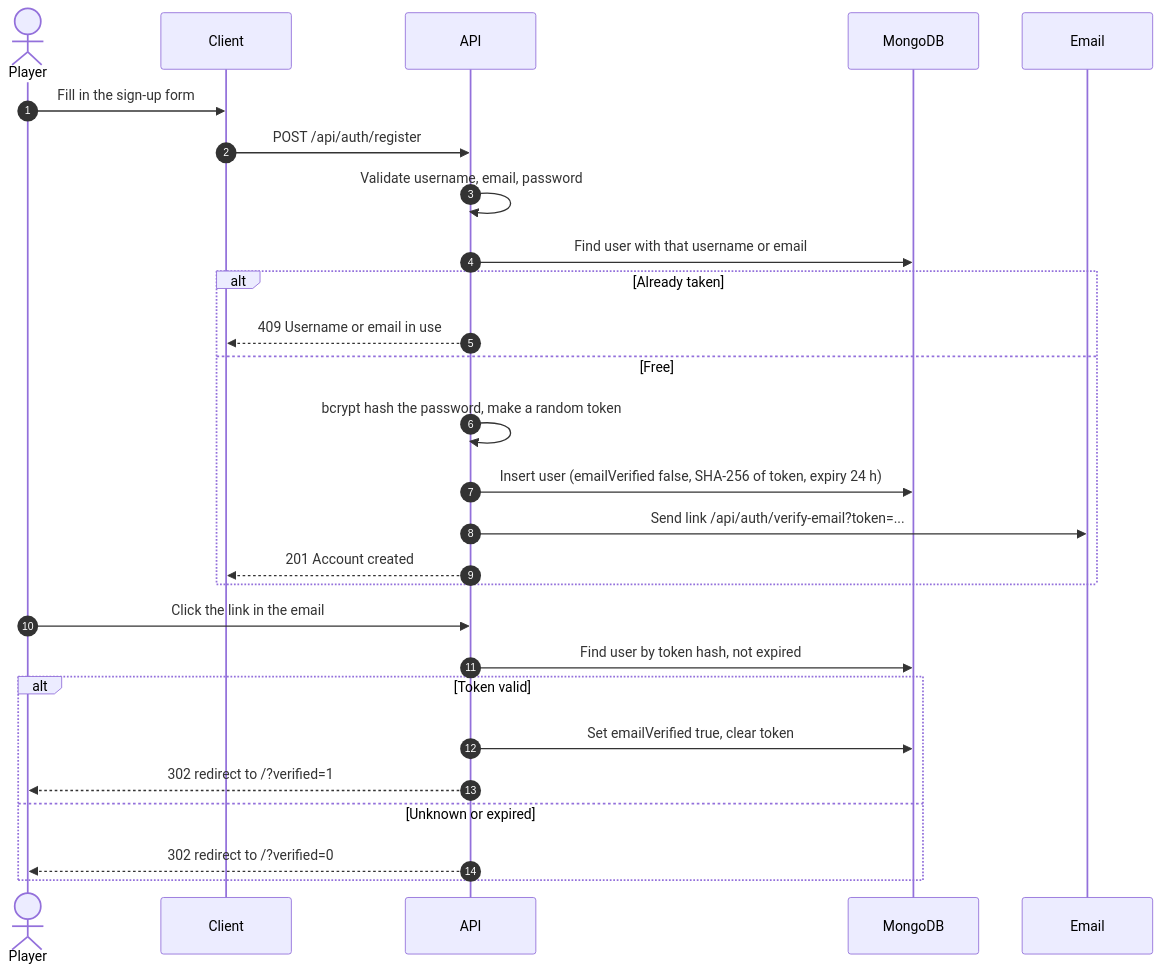
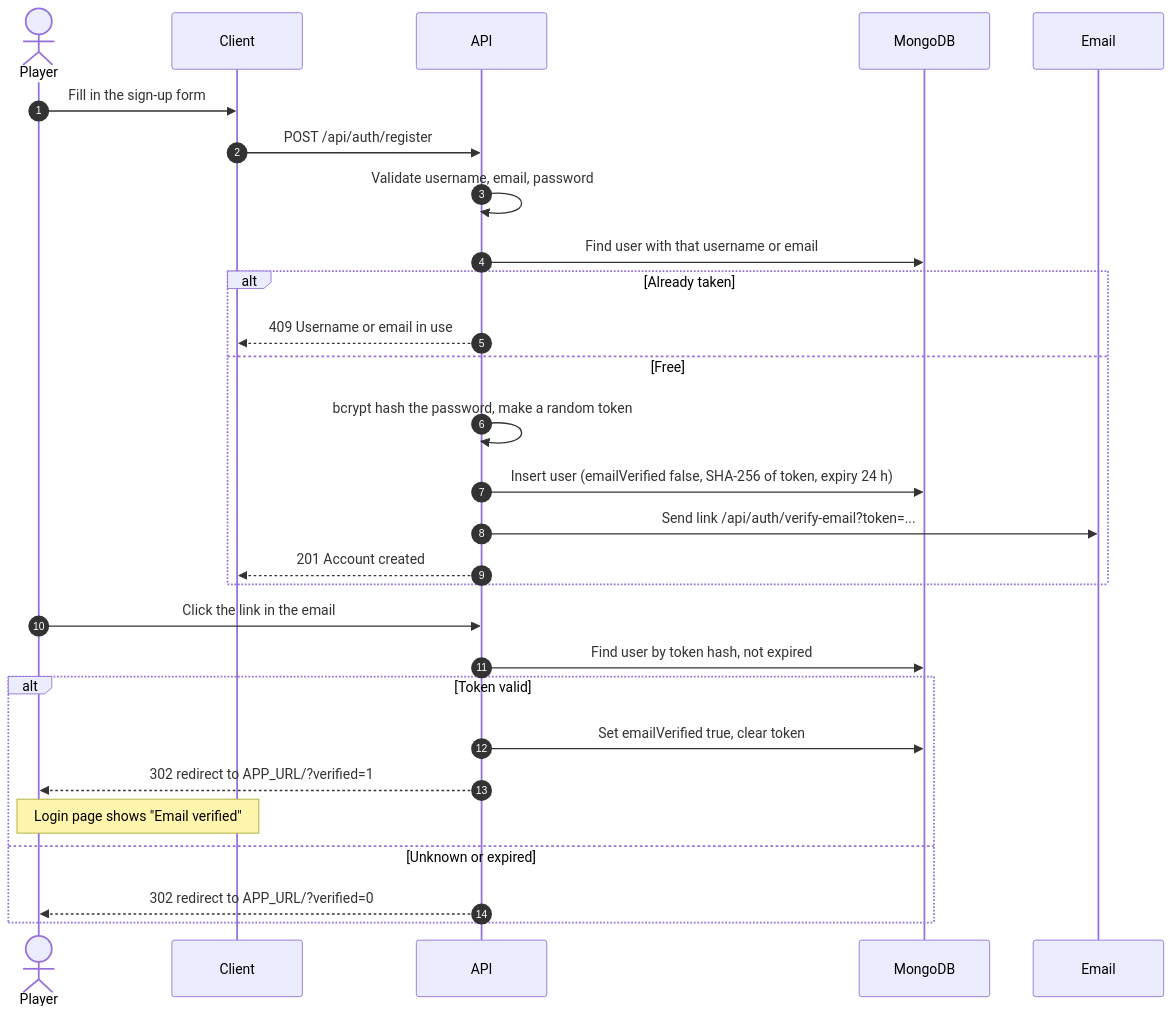
Before and after one commit to Skatboards/COP4331-MERN-Project: the second of 6 diagrams in docs/data-flow.md, drawn with Mermaid. The commit also changed other lines of this file and 5 other files, not shown here.

First line of the commit message:
Update docs for the login page, Bruno, and the API lab

````diff
--- a/docs/data-flow.md
+++ b/docs/data-flow.md
@@ -27,31 +27,32 @@
 ```mermaid
 sequenceDiagram
     autonumber
     actor P as Player
     participant C as Client
     participant A as API
     participant D as MongoDB
     participant M as Email
 
     P->>C: Fill in the sign-up form
     C->>A: POST /api/auth/register
     A->>A: Validate username, email, password
     A->>D: Find user with that username or email
     alt Already taken
         A-->>C: 409 Username or email in use
     else Free
         A->>A: bcrypt hash the password, make a random token
         A->>D: Insert user (emailVerified false, SHA-256 of token, expiry 24 h)
         A->>M: Send link /api/auth/verify-email?token=...
         A-->>C: 201 Account created
     end
 
     P->>A: Click the link in the email
     A->>D: Find user by token hash, not expired
     alt Token valid
         A->>D: Set emailVerified true, clear token
-        A-->>P: 302 redirect to /?verified=1
+        A-->>P: 302 redirect to APP_URL/?verified=1
+        Note over P,C: Login page shows "Email verified"
     else Unknown or expired
-        A-->>P: 302 redirect to /?verified=0
+        A-->>P: 302 redirect to APP_URL/?verified=0
     end
 ```
````
